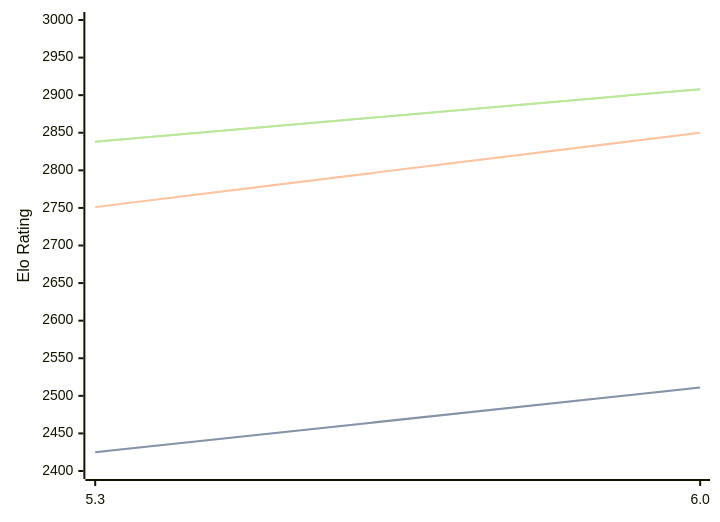
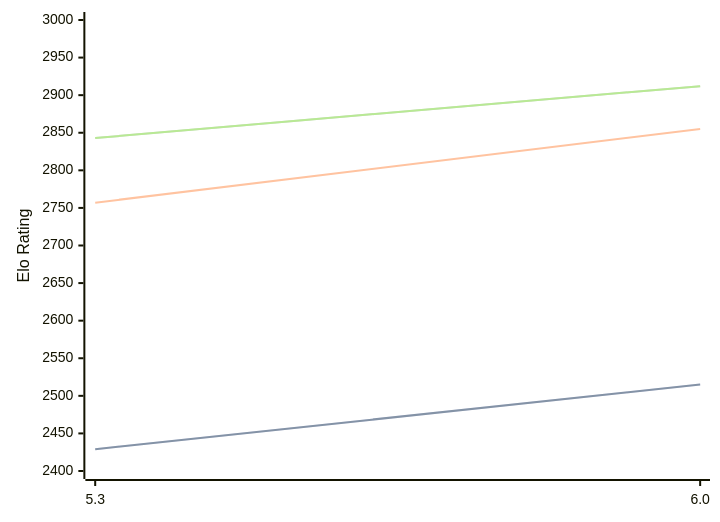
Before and after one commit to computer-chess-index/cci: the diagram in engines/tomitankChess.md, drawn with Mermaid. The commit also changed other lines of this file, not shown here.

Commit message:
Update CCI Ratings (ELO VLTC) - 2026-04-14

````diff
--- a/engines/tomitankChess.md
+++ b/engines/tomitankChess.md
@@ -40,11 +40,11 @@
 ```mermaid
 %%{init: {"theme":"base","themeVariables":{"seriesColors:['#a3a3a3','#222221','#faa371']}}}%%
 xychart-beta
   x-axis ["5.3", "6.0"]
   y-axis "Elo Rating" 2400 --> 3000
-  line "STC (8.0+0.08s)" [2425, 2511]
-  line "STC (8.0+0.08s)" [2425, 2511]
-  line "LTC (60.0+0.60s)" [2751, 2850]
-  line "VLTC (2m24s+1.12s)" [2838, 2908]
-  line "VLTC (2m24s+1.12s)" [2838, 2908]
+  line "STC (8.0+0.08s)" [2429, 2515]
+  line "STC (8.0+0.08s)" [2429, 2515]
+  line "LTC (60.0+0.60s)" [2757, 2855]
+  line "VLTC (2m24s+1.12s)" [2843, 2912]
+  line "VLTC (2m24s+1.12s)" [2843, 2912]
 ```
````
